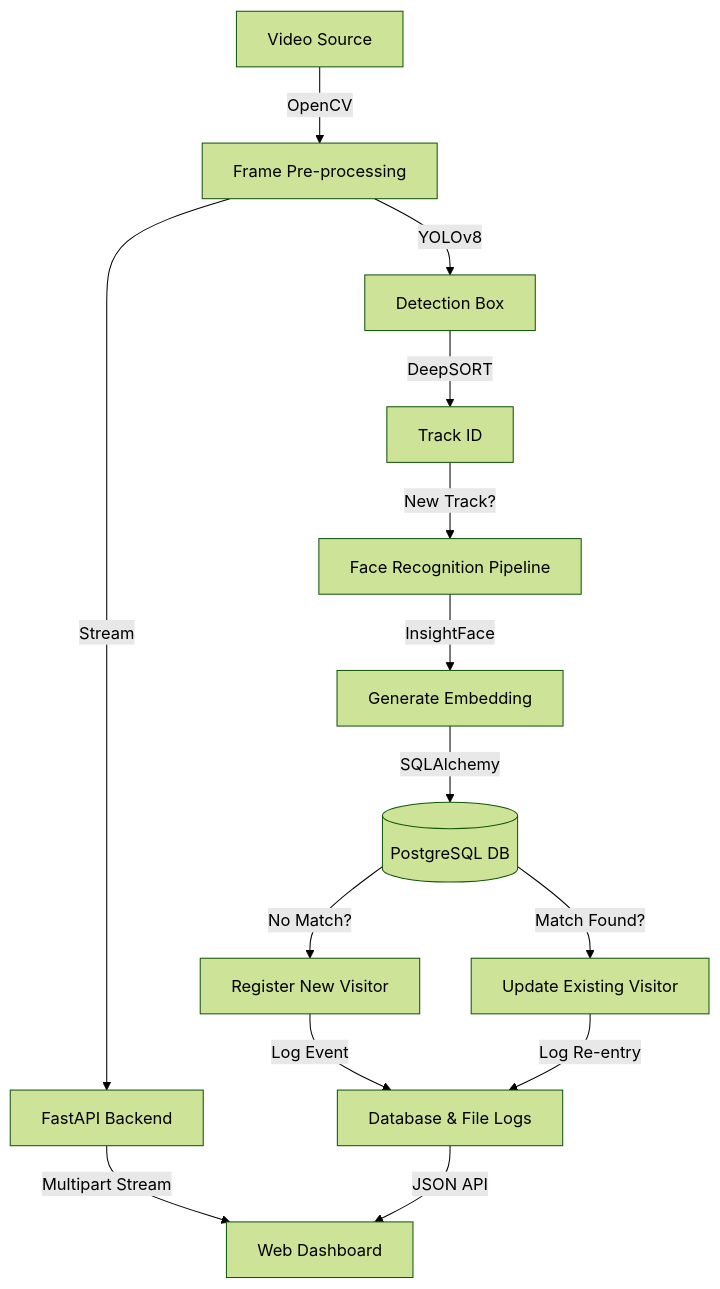
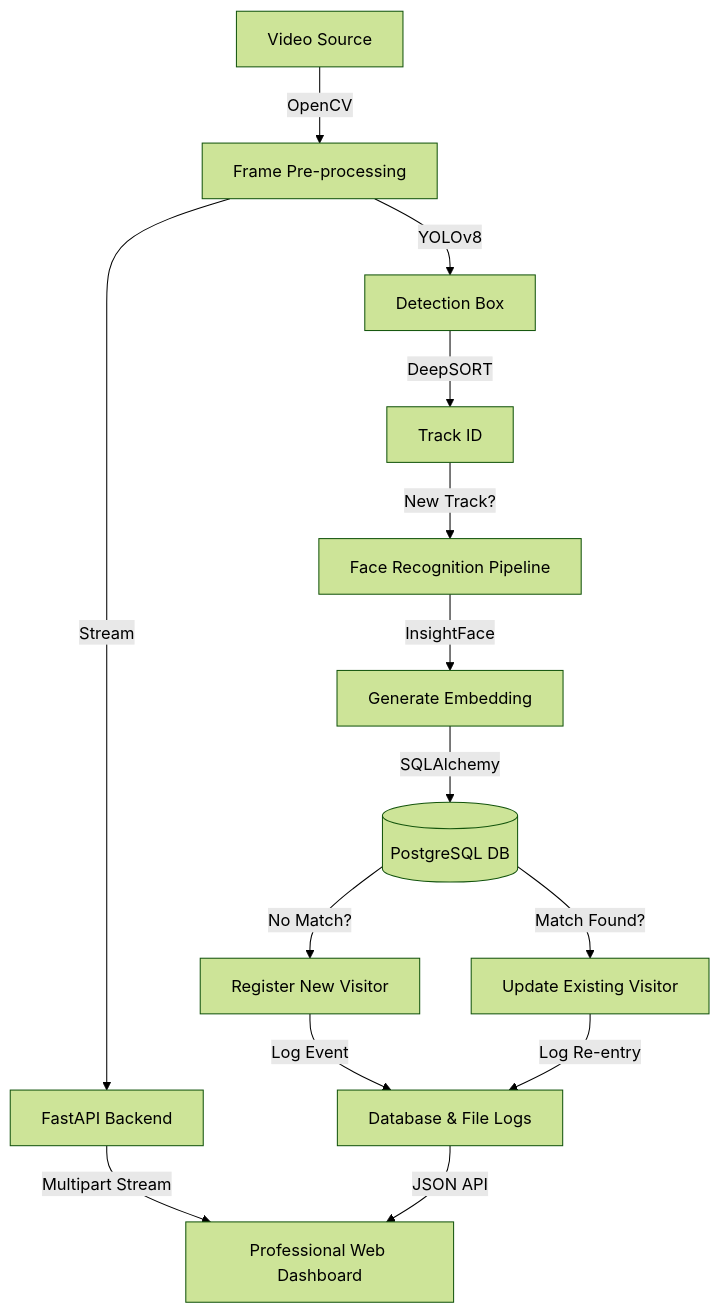
Before and after one commit to Aadhithya6/ai-visitor-count: the diagram in README.md, drawn with Mermaid (forest theme). The commit also changed other lines of this file and 1 other file, not shown here.

````diff
--- a/README.md
+++ b/README.md
@@ -21,16 +25,16 @@
 ```mermaid
 graph TD
     A[Video Source] -->|OpenCV| B[Frame Pre-processing]
     B -->|YOLOv8| C[Detection Box]
     C -->|DeepSORT| D[Track ID]
     D -->|New Track?| E[Face Recognition Pipeline]
     E -->|InsightFace| F[Generate Embedding]
     F -->|SQLAlchemy| G[(PostgreSQL DB)]
     G -->|Match Found?| H[Update Existing Visitor]
     G -->|No Match?| I[Register New Visitor]
     I -->|Log Event| J[Database & File Logs]
     H -->|Log Re-entry| J
     B -->|Stream| K[FastAPI Backend]
-    K -->|Multipart Stream| L[Web Dashboard]
+    K -->|Multipart Stream| L[Professional Web Dashboard]
     J -->|JSON API| L
 ```
````
